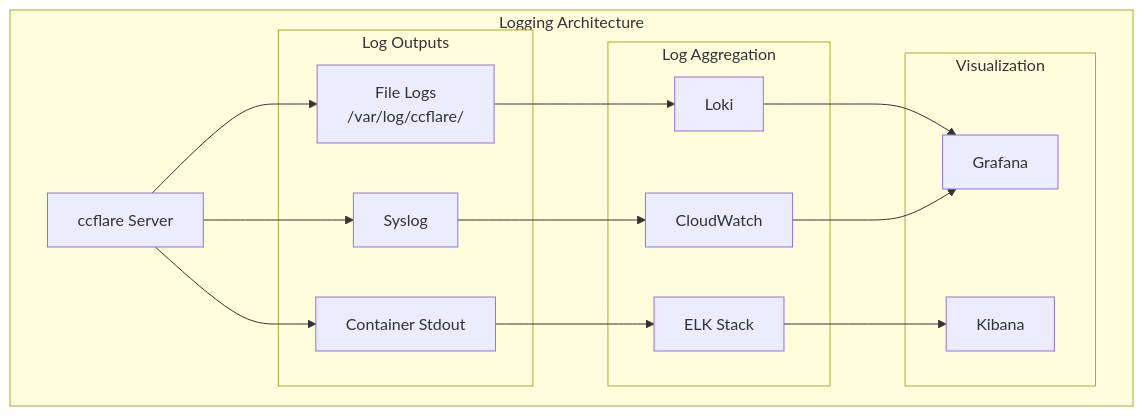
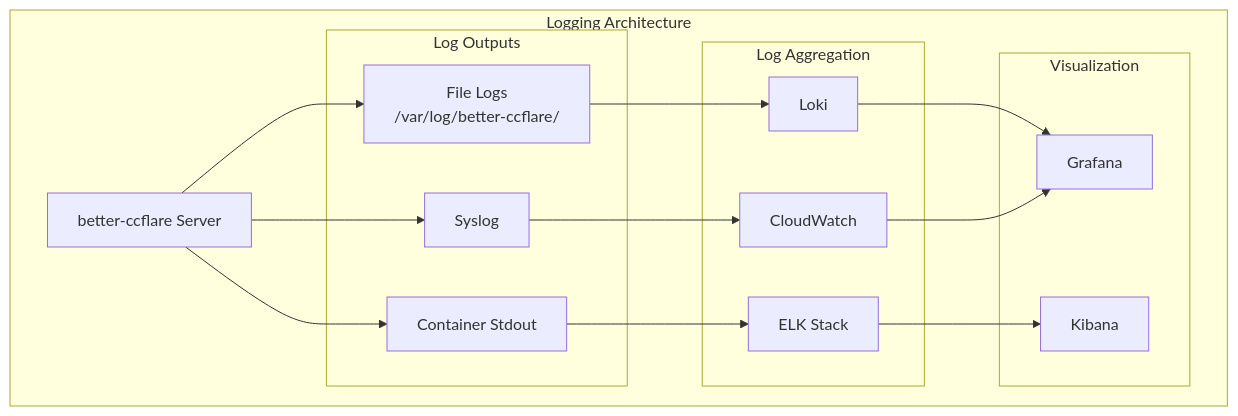
One commit to tombii/better-ccflare changed the second of 3 diagrams in docs/deployment.md. Above: the diagram before and after it, drawn with Mermaid. The commit also changed other lines of this file and 23 other files, not shown here.

````diff
--- a/docs/deployment.md
+++ b/docs/deployment.md
@@ -578,35 +578,35 @@
 ```mermaid
 graph TB
     subgraph "Logging Architecture"
-        APP[ccflare Server]
+        APP[better-ccflare Server]
         
         subgraph "Log Outputs"
-            FILE[File Logs<br/>/var/log/ccflare/]
+            FILE[File Logs<br/>/var/log/better-ccflare/]
             STDOUT[Container Stdout]
             SYSLOG[Syslog]
         end
         
         subgraph "Log Aggregation"
             LOKI[Loki]
             ELK[ELK Stack]
             CLOUDWATCH[CloudWatch]
         end
         
         subgraph "Visualization"
             GRAFANA[Grafana]
             KIBANA[Kibana]
         end
     end
     
     APP --> FILE
     APP --> STDOUT
     APP --> SYSLOG
     
     FILE --> LOKI
     STDOUT --> ELK
     SYSLOG --> CLOUDWATCH
     
     LOKI --> GRAFANA
     ELK --> KIBANA
     CLOUDWATCH --> GRAFANA
 ```
````
